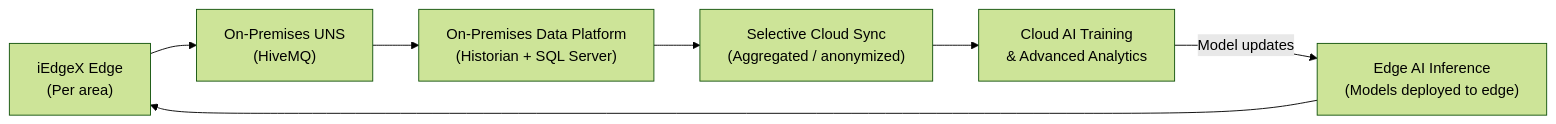
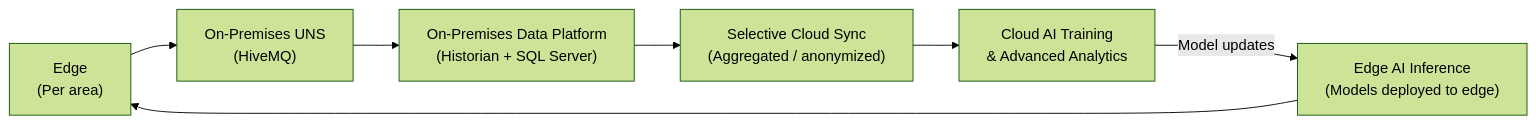
Before and after one commit to dakhasuresh/Industrial-AI-Data-Backbone: the fifth of 5 diagrams in Industrial-AI-Data-Backbone/diagrams/edge-to-cloud-architecture.md, drawn with Mermaid (forest theme). The commit also changed other lines of this file and 8 other files, not shown here.

Commit message:
Remove all iEdgeX references — replace with generic architecture terminology

````diff
--- a/Industrial-AI-Data-Backbone/diagrams/edge-to-cloud-architecture.md
+++ b/Industrial-AI-Data-Backbone/diagrams/edge-to-cloud-architecture.md
@@ -227,14 +227,14 @@
 ```mermaid
 graph LR
-    EDGE["iEdgeX Edge\n(Per area)"]
+    EDGE[" Edge\n(Per area)"]
     ON_PREM_UNS["On-Premises UNS\n(HiveMQ)"]
     ON_PREM_DATA["On-Premises Data Platform\n(Historian + SQL Server)"]
     CLOUD_BRIDGE["Selective Cloud Sync\n(Aggregated / anonymized)"]
     CLOUD_AI["Cloud AI Training\n& Advanced Analytics"]
     EDGE_AI["Edge AI Inference\n(Models deployed to edge)"]
 
     EDGE --> ON_PREM_UNS --> ON_PREM_DATA
     ON_PREM_DATA --> CLOUD_BRIDGE --> CLOUD_AI
     CLOUD_AI -->|Model updates| EDGE_AI
     EDGE_AI --> EDGE
 ```
````
